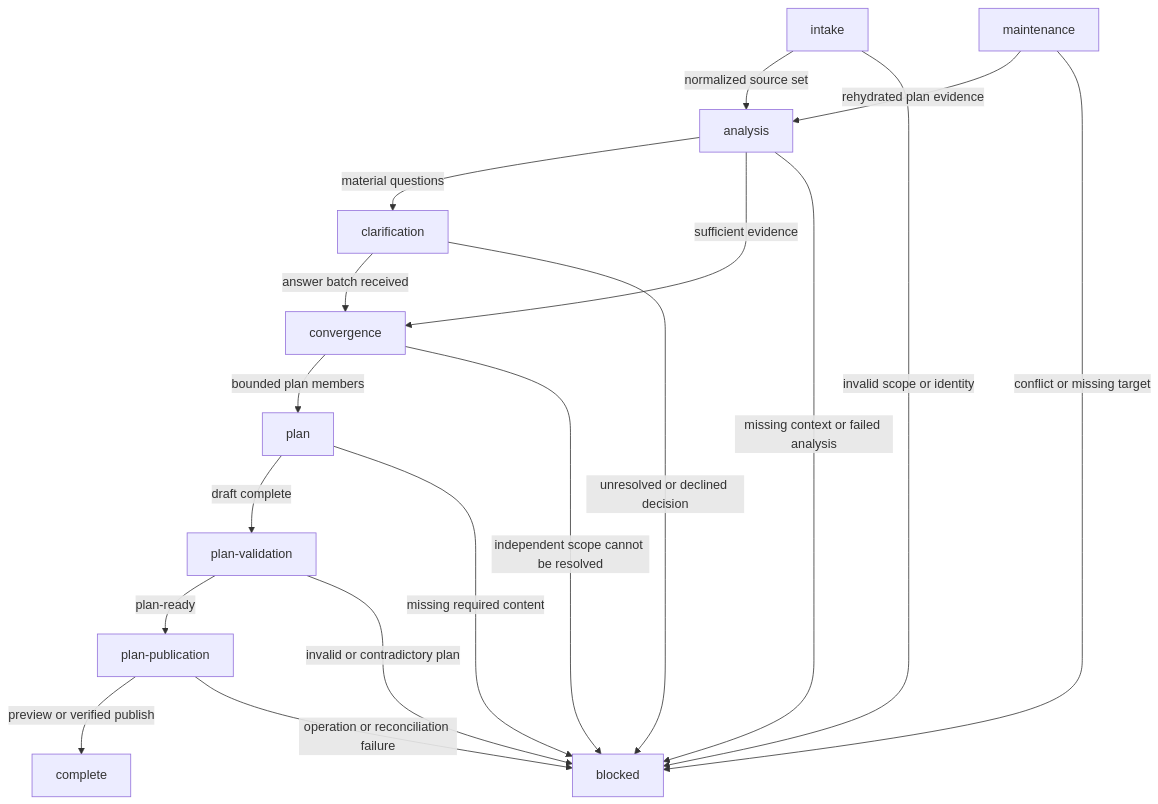
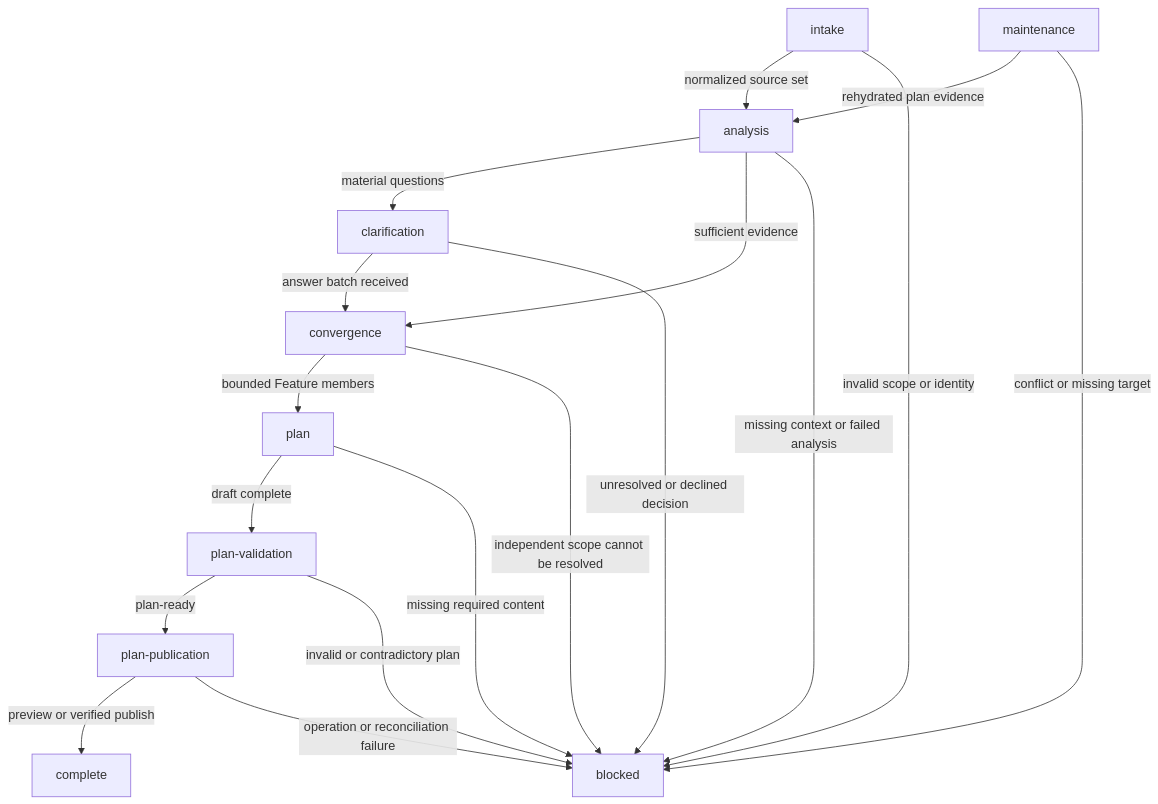
One commit to alemar11/dotagents changed the diagram in plugins/se2/skills/feature/SKILL.md. Above: the diagram before and after it, drawn with Mermaid. The commit also changed other lines of this file and 28 other files, not shown here.

First line of the commit message:
Expand SE2 Feature Plan Set delivery

```diff
--- a/plugins/se2/skills/feature/SKILL.md
+++ b/plugins/se2/skills/feature/SKILL.md
@@ -195,20 +277,20 @@
 ~~~mermaid
 flowchart TD
     intake -->|normalized source set| analysis
     maintenance -->|rehydrated plan evidence| analysis
     intake -->|invalid scope or identity| blocked
     maintenance -->|conflict or missing target| blocked
     analysis -->|material questions| clarification
     analysis -->|sufficient evidence| convergence
     analysis -->|missing context or failed analysis| blocked
     clarification -->|answer batch received| convergence
     clarification -->|unresolved or declined decision| blocked
-    convergence -->|bounded plan members| plan
+    convergence -->|bounded Feature members| plan
     convergence -->|independent scope cannot be resolved| blocked
     plan -->|draft complete| plan-validation
     plan -->|missing required content| blocked
     plan-validation -->|plan-ready| plan-publication
     plan-validation -->|invalid or contradictory plan| blocked
     plan-publication -->|preview or verified publish| complete
     plan-publication -->|operation or reconciliation failure| blocked
 ~~~
```
